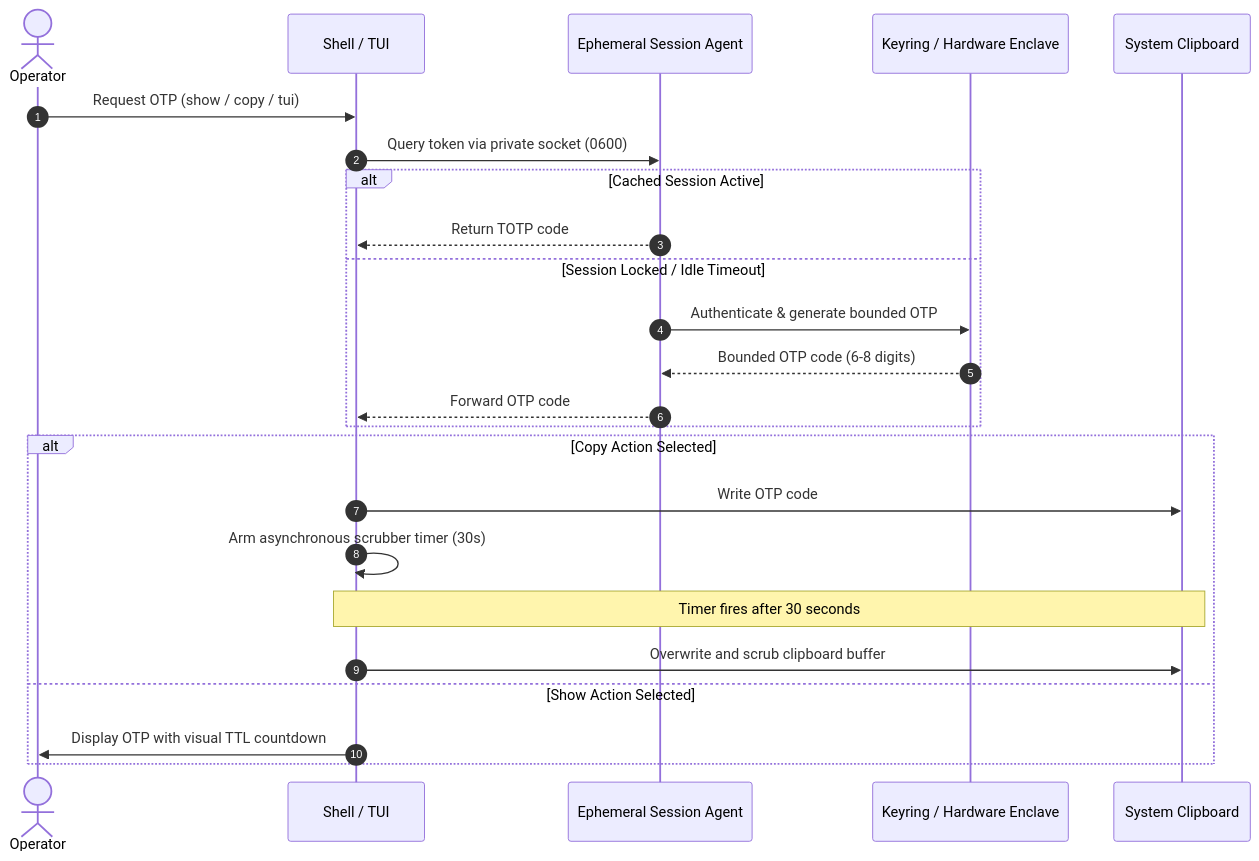
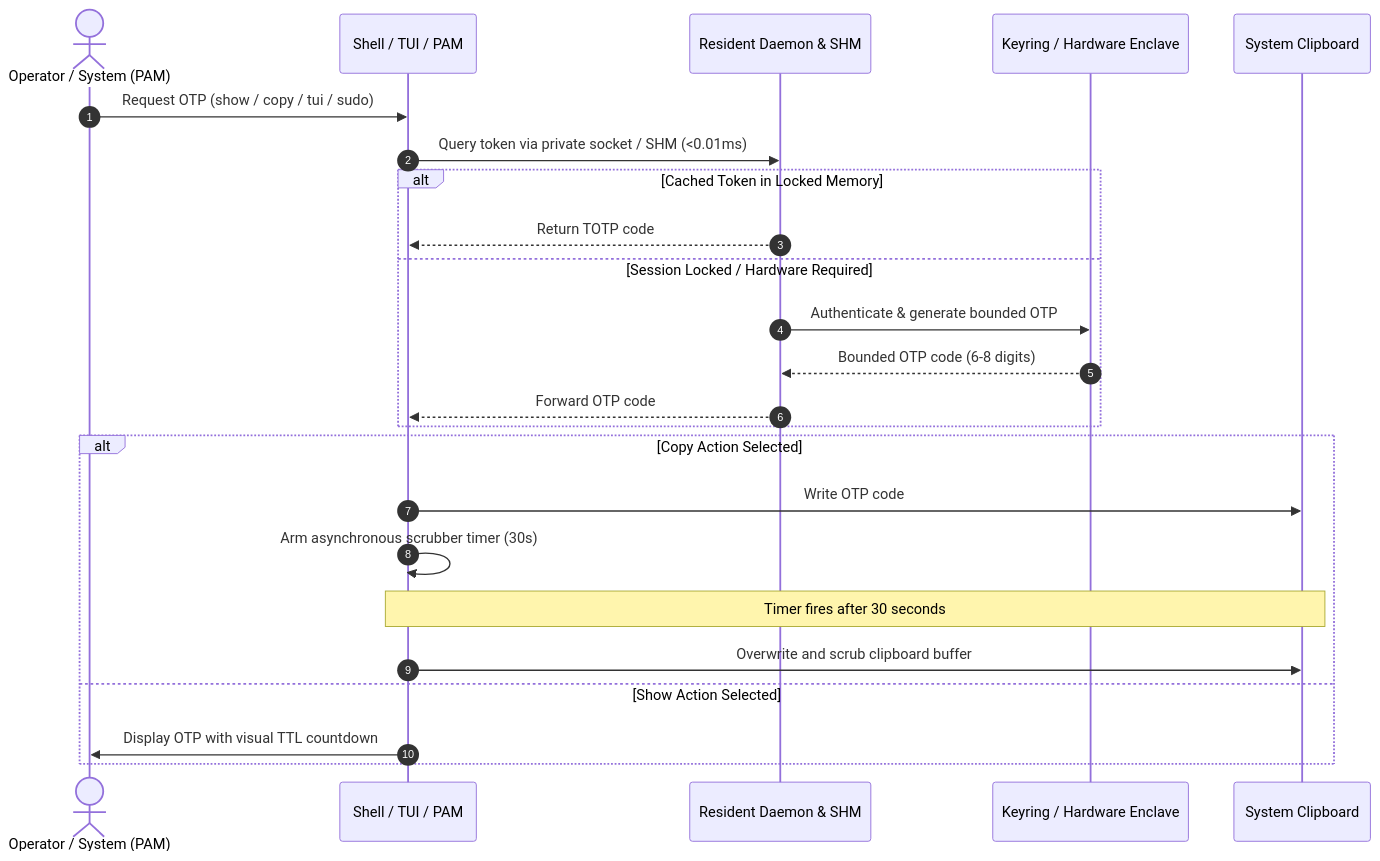
One commit to doublegate/OTP-Local_CLI changed the second of 2 diagrams in README.md. Above: the diagram before and after it, drawn with Mermaid. The commit also changed other lines of this file and 16 other files, not shown here.

````diff
--- a/README.md
+++ b/README.md
@@ -74,27 +84,27 @@
 ```mermaid
 sequenceDiagram
     autonumber
-    actor User as Operator
-    participant Shell as Shell / TUI
-    participant Agent as Ephemeral Session Agent
+    actor User as Operator / System (PAM)
+    participant Shell as Shell / TUI / PAM
+    participant Agent as Resident Daemon & SHM
     participant Backend as Keyring / Hardware Enclave
     participant Clip as System Clipboard
 
-    User->>Shell: Request OTP (show / copy / tui)
-    Shell->>Agent: Query token via private socket (0600)
-    alt Cached Session Active
+    User->>Shell: Request OTP (show / copy / tui / sudo)
+    Shell->>Agent: Query token via private socket / SHM (<0.01ms)
+    alt Cached Token in Locked Memory
         Agent-->>Shell: Return TOTP code
-    else Session Locked / Idle Timeout
+    else Session Locked / Hardware Required
         Agent->>Backend: Authenticate & generate bounded OTP
         Backend-->>Agent: Bounded OTP code (6-8 digits)
         Agent-->>Shell: Forward OTP code
     end
     alt Copy Action Selected
         Shell->>Clip: Write OTP code
         Shell->>Shell: Arm asynchronous scrubber timer (30s)
         Note over Shell,Clip: Timer fires after 30 seconds
         Shell->>Clip: Overwrite and scrub clipboard buffer
     else Show Action Selected
         Shell->>User: Display OTP with visual TTL countdown
     end
 ```
````
